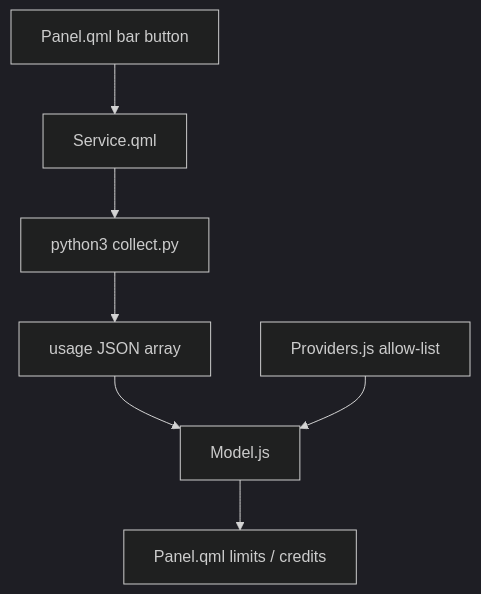
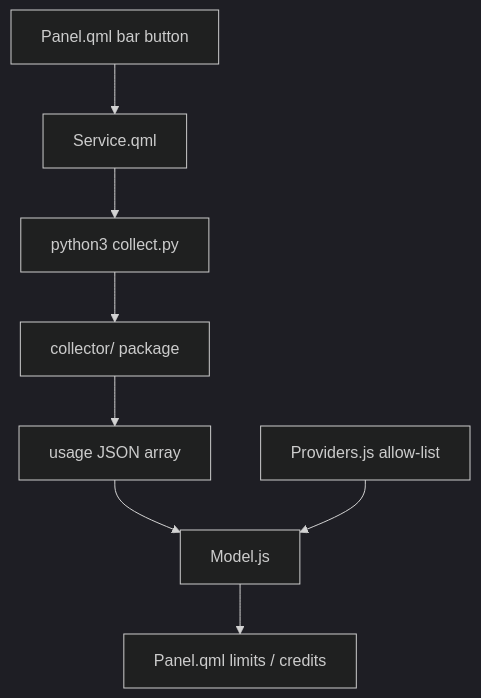
Before and after one commit to shuuul/omarchy-token-monitor: the diagram in AGENTS.md, drawn with Mermaid (dark theme). The commit also changed other lines of this file and 26 other files, not shown here.

````diff
--- a/AGENTS.md
+++ b/AGENTS.md
@@ -52,9 +52,10 @@
 ```mermaid
 flowchart TD
   Bar["Panel.qml bar button"] --> Service["Service.qml"]
   Service --> CLI["python3 collect.py"]
-  CLI --> Snapshot["usage JSON array"]
+  CLI --> Collector["collector/ package"]
+  Collector --> Snapshot["usage JSON array"]
   Snapshot --> Model["Model.js"]
   Model --> Panel["Panel.qml limits / credits"]
   Providers["Providers.js allow-list"] --> Model
 ```
````
